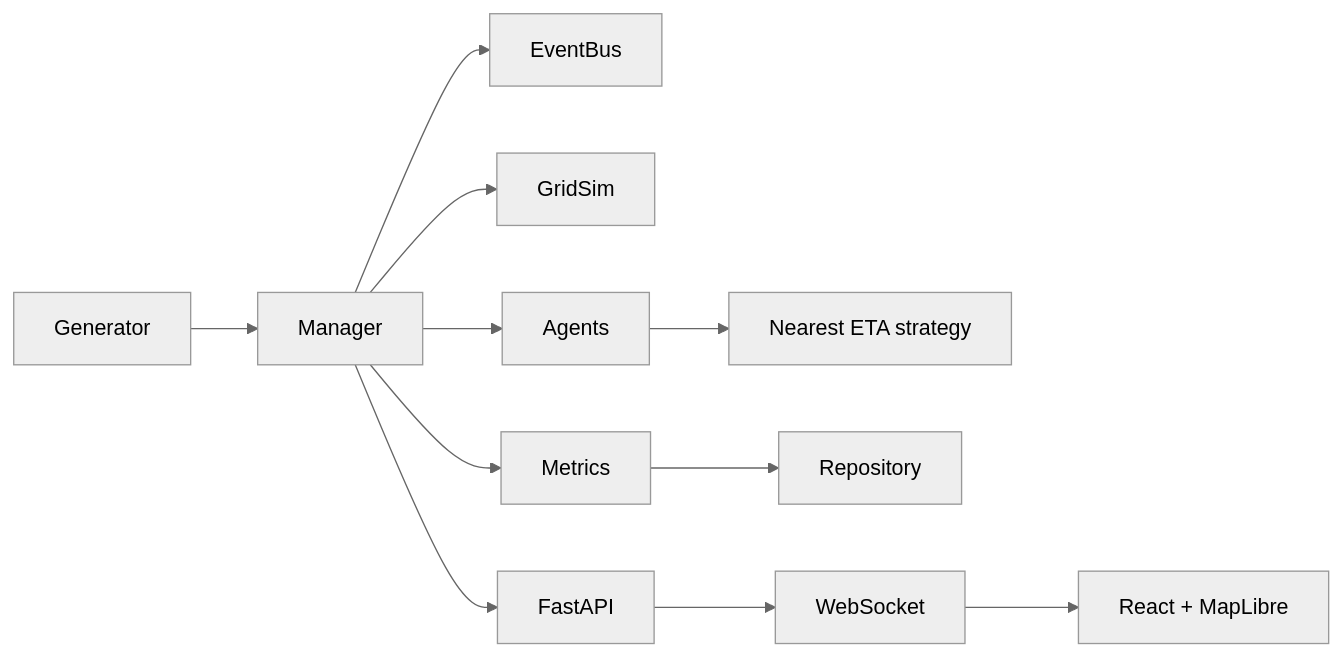
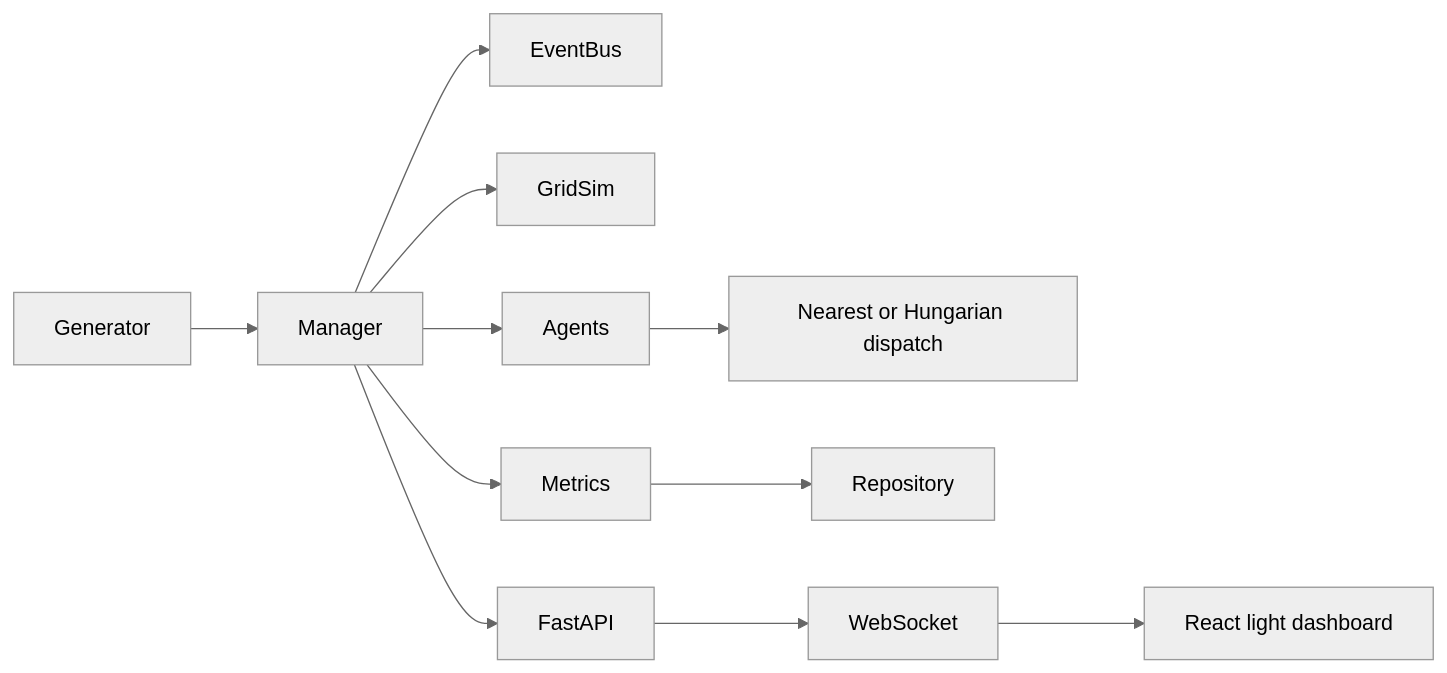
One commit to om-bagade2007/Multi-Agent_EDI changed the diagram in README.md. Above: the diagram before and after it, drawn with Mermaid (neutral theme). The commit also changed other lines of this file and 41 other files, not shown here.

````diff
--- a/README.md
+++ b/README.md
@@ -5,9 +5,9 @@
 ```mermaid
 flowchart LR
   Generator --> Manager --> EventBus
   Manager --> GridSim
   Manager --> Agents
-  Agents --> Strategy[Nearest ETA strategy]
+  Agents --> Strategy[Nearest or Hungarian dispatch]
   Manager --> Metrics --> Repository
-  Manager --> FastAPI --> WebSocket --> Dashboard[React + MapLibre]
+  Manager --> FastAPI --> WebSocket --> Dashboard[React light dashboard]
 ```
````
